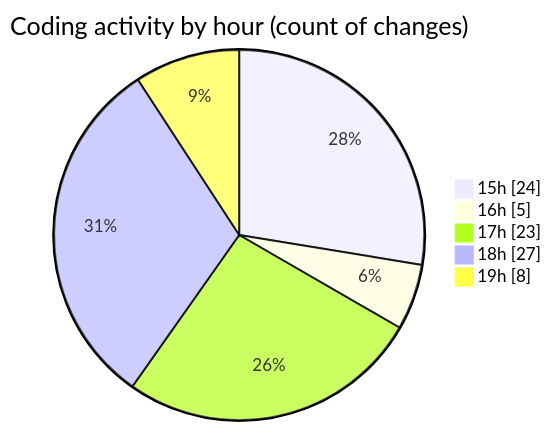
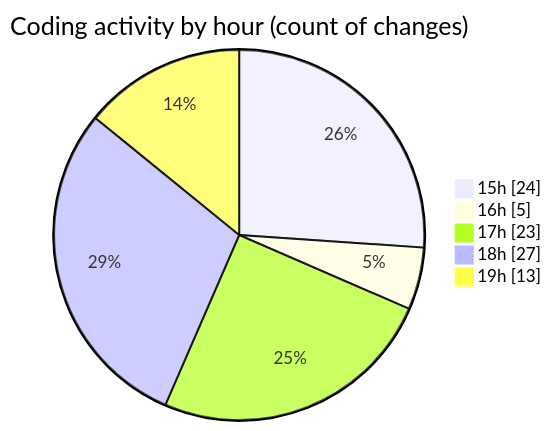
The second of 2 diagrams in 2025-08-02/tw-server/README.md (EIIisD/code-tracking), drawn with Mermaid before and after one commit. The commit also changed other lines of this file and 1 other file, not shown here.

````diff
--- a/2025-08-02/tw-server/README.md
+++ b/2025-08-02/tw-server/README.md
@@ -36,9 +36,9 @@
 ```mermaid
 pie showData
 title Coding activity by hour (count of changes)
 "15h" : 24
 "16h" : 5
 "17h" : 23
 "18h" : 27
-"19h" : 8
+"19h" : 13
 ```
````
